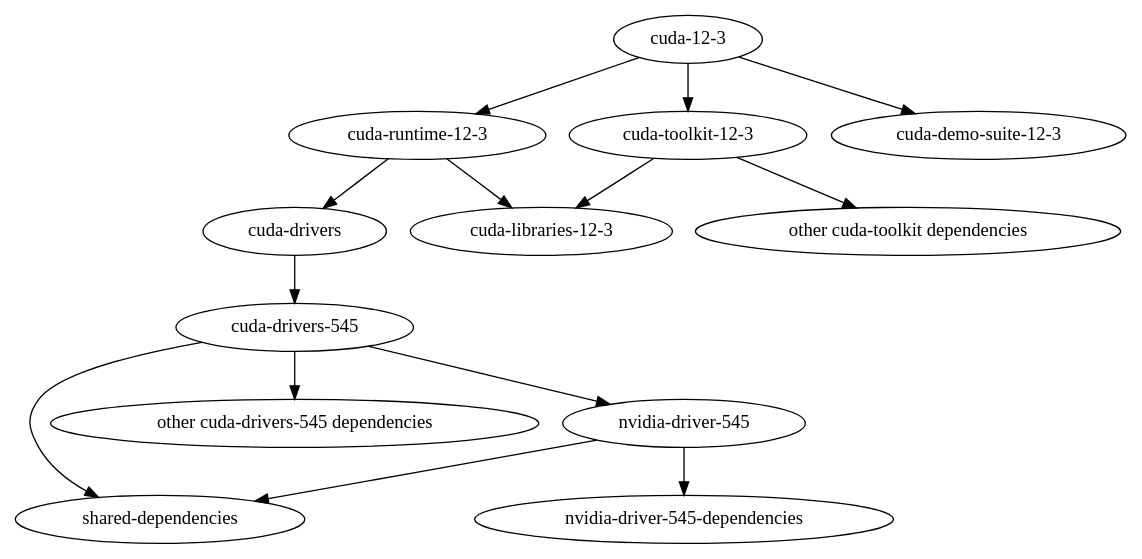
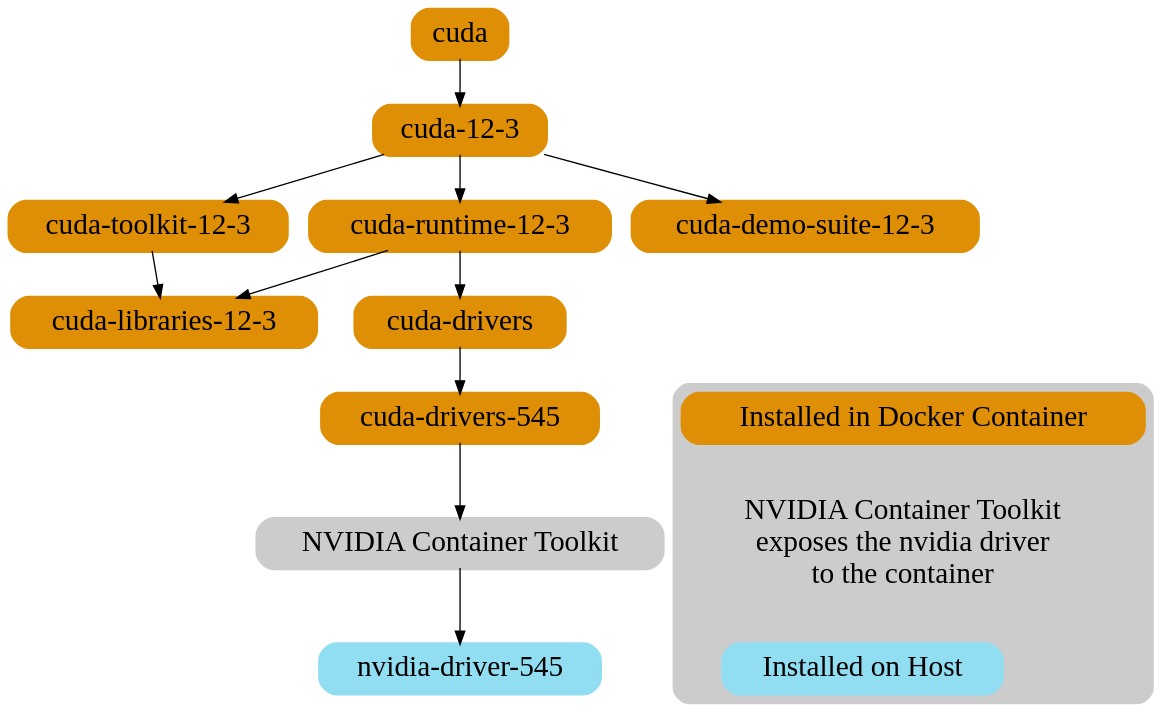
Before and after one commit to johnshaughnessy/osai-ubuntu: the diagram in nvidia-dependencies-simple.dot, drawn with Graphviz. The commit also changed 1 other file, not shown here.

Commit message:
Improve dependency graph visualization

```diff
--- a/nvidia-dependencies-simple.dot
+++ b/nvidia-dependencies-simple.dot
@@ -1,22 +1,39 @@
-// Generate the graph with:
-//   dot -Tpng nvidia-dependencies-simple.dot -o nvidia-dependencies-simple.png
+digraph dependencies {
+    pad=0.2
+    bgcolor=transparent
 
-digraph dependencies {
+    node [shape=box, style="rounded,filled", color="#de8f05", fontcolor="black", penwidth=4, fontsize=22];
+
+    "cuda" -> "cuda-12-3";
     "cuda-12-3" -> "cuda-runtime-12-3";
     "cuda-12-3" -> "cuda-toolkit-12-3";
     "cuda-12-3" -> "cuda-demo-suite-12-3";
     "cuda-runtime-12-3" -> "cuda-libraries-12-3";
     "cuda-runtime-12-3" -> "cuda-drivers";
     "cuda-toolkit-12-3" -> "cuda-libraries-12-3";
-    "cuda-toolkit-12-3" -> "other cuda-toolkit dependencies";
     "cuda-drivers" -> "cuda-drivers-545";
-    "cuda-drivers-545" -> "shared-dependencies";
-    "cuda-drivers-545" -> "other cuda-drivers-545 dependencies";
-    "cuda-drivers-545" -> "nvidia-driver-545";
+    "cuda-drivers-545" -> "label"
+    "label" -> "nvidia-driver-545" ;
+    "label" [color="#cccccc", style="rounded,filled", fontsize="22", fontcolor="black", label="NVIDIA Container Toolkit",]
 
-    "nvidia-driver-545" -> "shared-dependencies";
-    "nvidia-driver-545" -> "nvidia-driver-545-dependencies";
+    "nvidia-driver-545" [color="#91DDF2", fontcolor="black"];
 
-    // Attributes
-    node [shape=box];
+    subgraph cluster_legend {
+        style="rounded,filled";
+        color="#cccccc";
+        edge [style=invis];
+        docker [label="Installed in Docker Container", shape=box, style="rounded,filled", color="#de8f05", fontcolor="black"];
+        host [label="Installed on Host", shape=box, style="rounded,filled", color="#91DDF2", fontcolor="black"];
+        docker -> label2
+        label2 -> host
+        "label2" [color="#cccccc", style="rounded,filled", fontsize="22", fontcolor="black", label="NVIDIA Container Toolkit \n exposes the nvidia driver\nto the container",]
+
+    }
+
+    // "docker" -> "host"
+    // HACK: Use invisible nodes to create space
+
+    docker -> label [style="invis"];
+    label -> host [style="invis"];
+
 }
```
